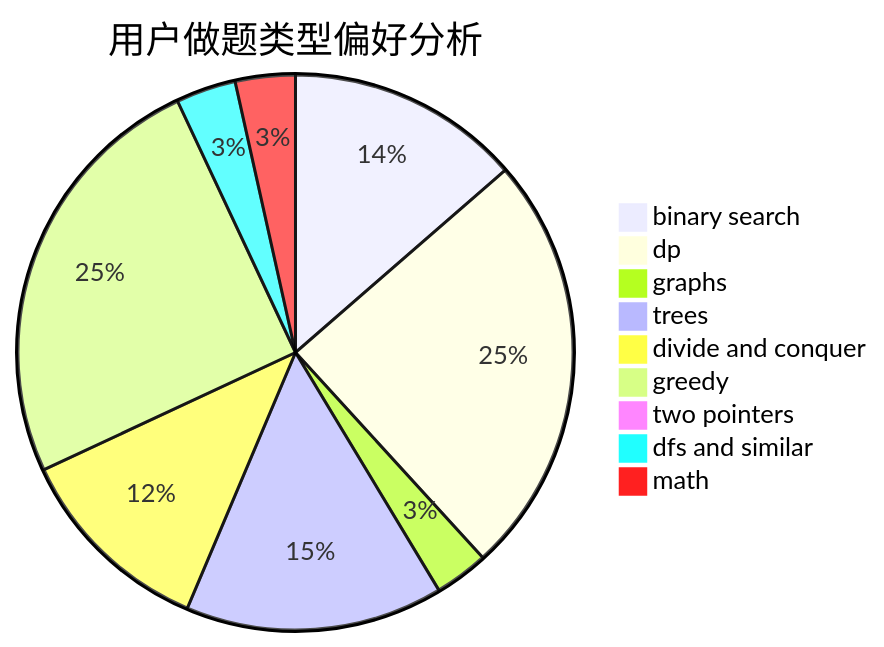
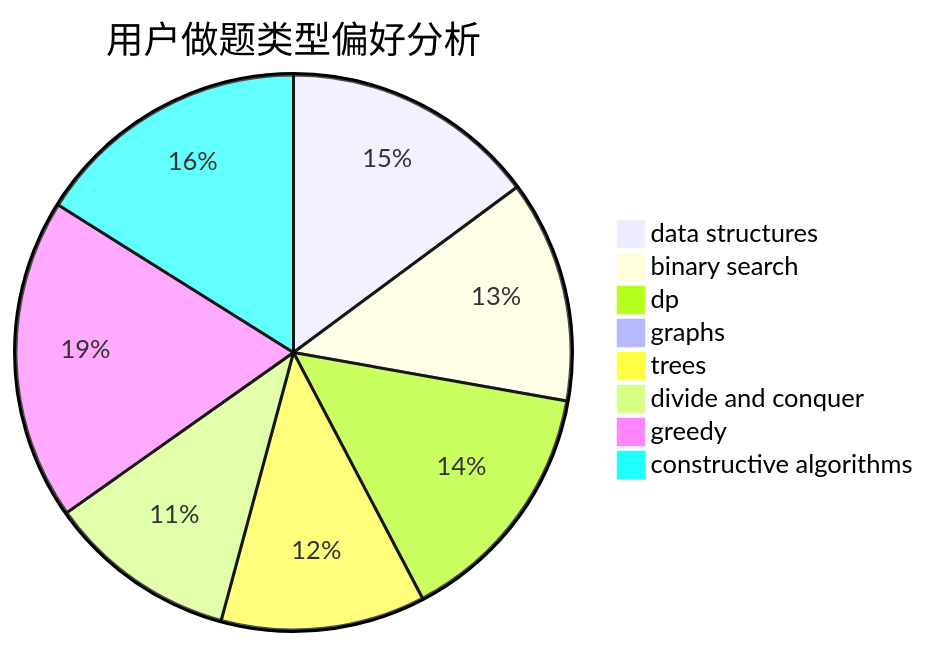
Before and after one commit to sherpahu/cfrs.github.io: the second of 3 diagrams in docs/user/u659.md, drawn with Mermaid. The commit also changed other lines of this file and 2775 other files, not shown here.

````diff
--- a/docs/user/u659.md
+++ b/docs/user/u659.md
@@ -23,12 +23,11 @@
 ```mermaid
 pie title 用户做题类型偏好分析
-    "binary search" :  78
-    "dp" :  141
-    "graphs" :  18
-    "trees" :  86
-    "divide and conquer" :  67
-    "greedy" :  143
-    "two pointers" :  0
-    "dfs and similar" :  20
-    "math" :  20
+    "data structures" :  85
+    "binary search" :  74
+    "dp" :  83
+    "graphs" :  5
+    "trees" :  68
+    "divide and conquer" :  63
+    "greedy" :  107
+    "constructive algorithms" :  92
 ```
````
